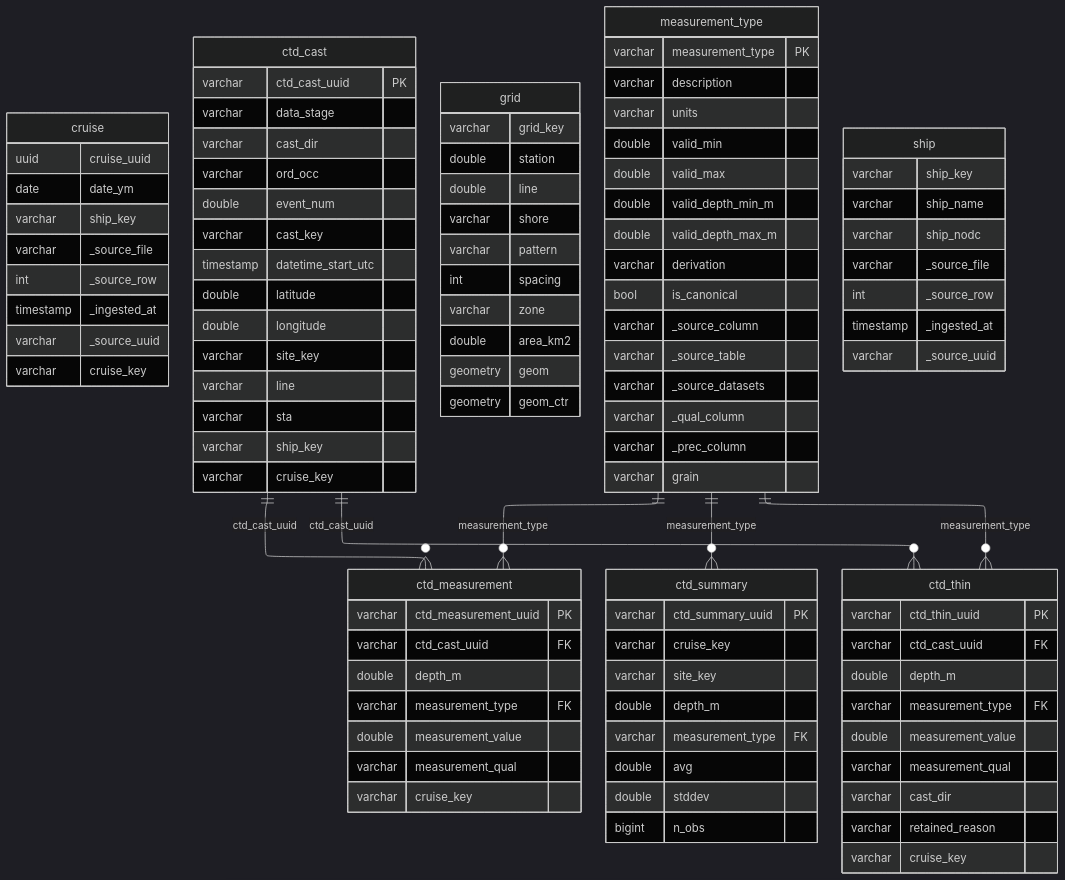
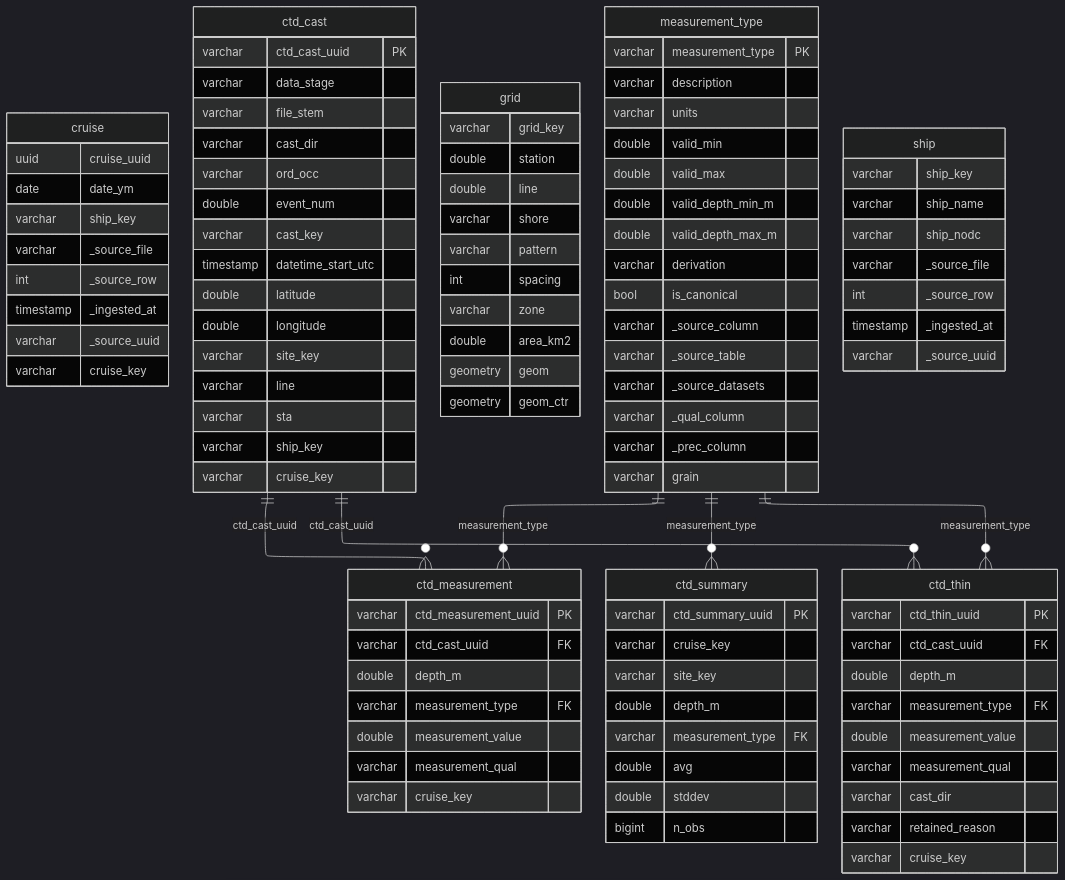
One commit to CalCOFI/workflows changed the diagram in _output/ingest_calcofi_ctd-cast_files/figure-html/schema-1.mmd. Above: the diagram before and after it, drawn with Mermaid (dark theme). The commit also changed 4 other files, not shown here.

```diff
--- a/_output/ingest_calcofi_ctd-cast_files/figure-html/schema-1.mmd
+++ b/_output/ingest_calcofi_ctd-cast_files/figure-html/schema-1.mmd
@@ -1,104 +1,105 @@
 ---
 config:
   layout: elk
 ---
 erDiagram
     cruise {
         uuid cruise_uuid
         date date_ym
         varchar ship_key
         varchar _source_file
         int _source_row
         timestamp _ingested_at
         varchar _source_uuid
         varchar cruise_key
     }
     ctd_cast {
         varchar ctd_cast_uuid PK
         varchar data_stage
+        varchar file_stem
         varchar cast_dir
         varchar ord_occ
         double event_num
         varchar cast_key
         timestamp datetime_start_utc
         double latitude
         double longitude
         varchar site_key
         varchar line
         varchar sta
         varchar ship_key
         varchar cruise_key
     }
     ctd_measurement {
         varchar ctd_measurement_uuid PK
         varchar ctd_cast_uuid FK
         double depth_m
         varchar measurement_type FK
         double measurement_value
         varchar measurement_qual
         varchar cruise_key
     }
     ctd_summary {
         varchar ctd_summary_uuid PK
         varchar cruise_key
         varchar site_key
         double depth_m
         varchar measurement_type FK
         double avg
         double stddev
         bigint n_obs
     }
     ctd_thin {
         varchar ctd_thin_uuid PK
         varchar ctd_cast_uuid FK
         double depth_m
         varchar measurement_type FK
         double measurement_value
         varchar measurement_qual
         varchar cast_dir
         varchar retained_reason
         varchar cruise_key
     }
     grid {
         varchar grid_key
         double station
         double line
         varchar shore
         varchar pattern
         int spacing
         varchar zone
         double area_km2
         geometry geom
         geometry geom_ctr
     }
     measurement_type {
         varchar measurement_type PK
         varchar description
         varchar units
         double valid_min
         double valid_max
         double valid_depth_min_m
         double valid_depth_max_m
         varchar derivation
         bool is_canonical
         varchar _source_column
         varchar _source_table
         varchar _source_datasets
         varchar _qual_column
         varchar _prec_column
         varchar grain
     }
     ship {
         varchar ship_key
         varchar ship_name
         varchar ship_nodc
         varchar _source_file
         int _source_row
         timestamp _ingested_at
         varchar _source_uuid
     }
     ctd_cast ||--o{ ctd_measurement : "ctd_cast_uuid"
     ctd_cast ||--o{ ctd_thin : "ctd_cast_uuid"
     measurement_type ||--o{ ctd_measurement : "measurement_type"
     measurement_type ||--o{ ctd_thin : "measurement_type"
     measurement_type ||--o{ ctd_summary : "measurement_type"
```
